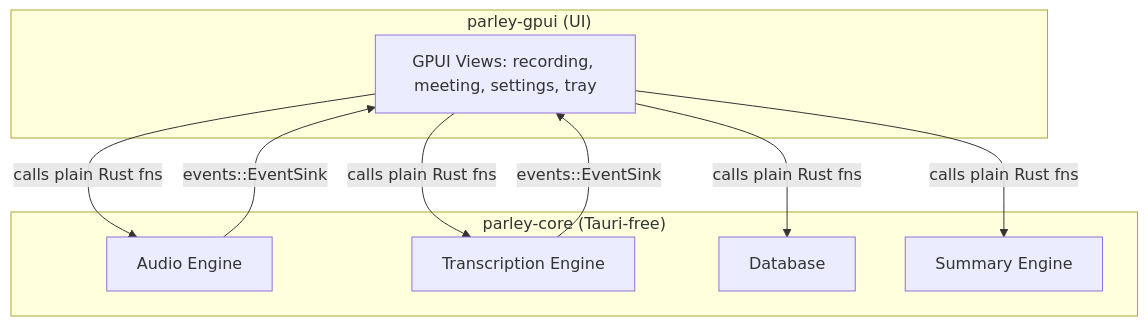
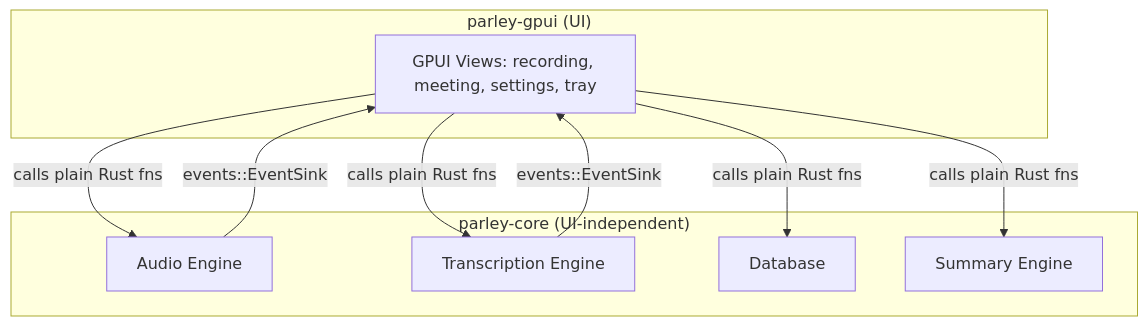
One commit to Hankanman/Parley changed the diagram in docs/architecture.md. Above: the diagram before and after it, drawn with Mermaid. The commit also changed other lines of this file and 2 other files, not shown here.

Commit message:
Docs: drop stale Tauri / frontend/src-tauri references
architecture.md calls parley-core "UI-independent" rather than
"Tauri-free"; the transcription-backends plan and whisper-helper README
point at parley-core / the AppImage layout instead of frontend/src-tauri
and `#[tauri::command]`. Deliberate history (README's retirement note,
the upstream credit, the workflows overview, the spike's own test log)
is left as is.

Claude-Session: https://claude.ai/code/session_01RTLuKqNphAxzHZRVqUArf3

````diff
--- a/docs/architecture.md
+++ b/docs/architecture.md
@@ -10,20 +10,20 @@
 ```mermaid
 graph TD
     subgraph "parley-gpui (UI)"
         A[GPUI Views: recording, meeting, settings, tray]
     end
 
-    subgraph "parley-core (Tauri-free)"
+    subgraph "parley-core (UI-independent)"
         C[Audio Engine]
         D[Transcription Engine]
         E[Database]
         F[Summary Engine]
     end
 
     A -- calls plain Rust fns --> C
     A -- calls plain Rust fns --> D
     A -- calls plain Rust fns --> E
     A -- calls plain Rust fns --> F
     C -- events::EventSink --> A
     D -- events::EventSink --> A
 ```
````
